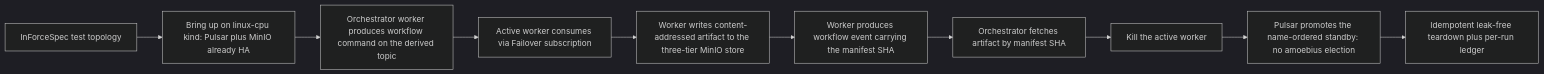
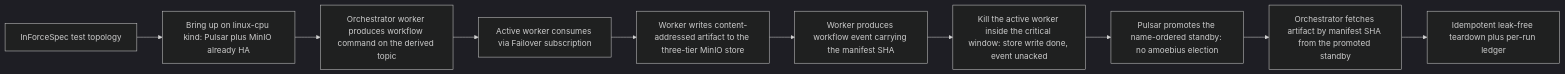
One commit to Tuee22/amoebius changed the diagram in DEVELOPMENT_PLAN/phase_25_content_store_workflow.md. Above: the diagram before and after it, drawn with Mermaid (dark theme). The commit also changed other lines of this file and 88 other files, not shown here.

````diff
--- a/DEVELOPMENT_PLAN/phase_25_content_store_workflow.md
+++ b/DEVELOPMENT_PLAN/phase_25_content_store_workflow.md
@@ -180,12 +180,12 @@
 ```mermaid
 flowchart LR
   dhall[InForceSpec test topology] --> up[Bring up on linux-cpu kind: Pulsar plus MinIO already HA]
   up --> produce[Orchestrator worker produces workflow command on the derived topic]
   produce --> worker[Active worker consumes via Failover subscription]
   worker --> store[Worker writes content-addressed artifact to the three-tier MinIO store]
   store --> event[Worker produces workflow event carrying the manifest SHA]
-  event --> fetch[Orchestrator fetches artifact by manifest SHA]
-  fetch --> kill[Kill the active worker]
+  event --> kill[Kill the active worker inside the critical window: store write done, event unacked]
   kill --> failover[Pulsar promotes the name-ordered standby: no amoebius election]
-  failover --> teardown[Idempotent leak-free teardown plus per-run ledger]
+  failover --> fetch[Orchestrator fetches artifact by manifest SHA from the promoted standby]
+  fetch --> teardown[Idempotent leak-free teardown plus per-run ledger]
 ```
````
